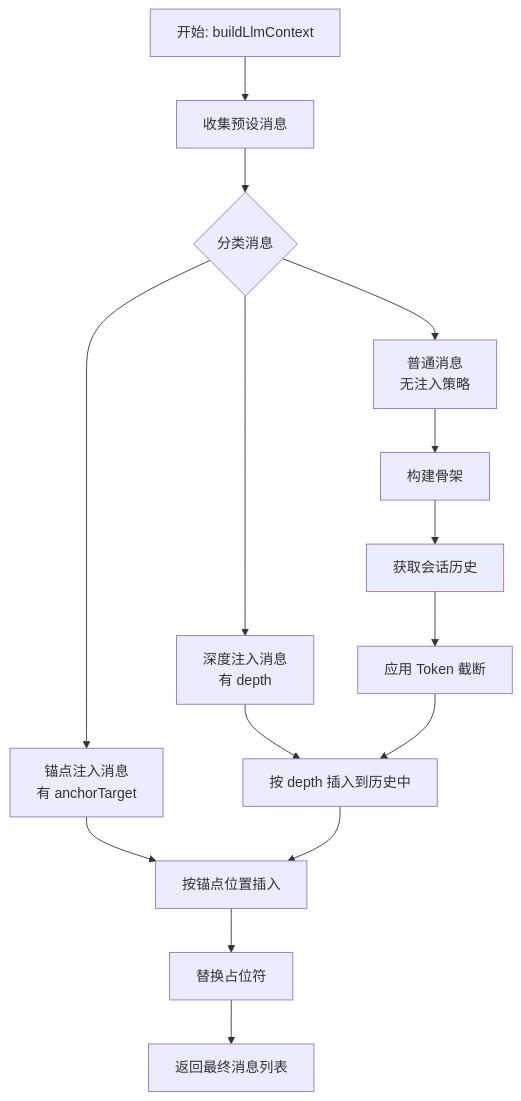
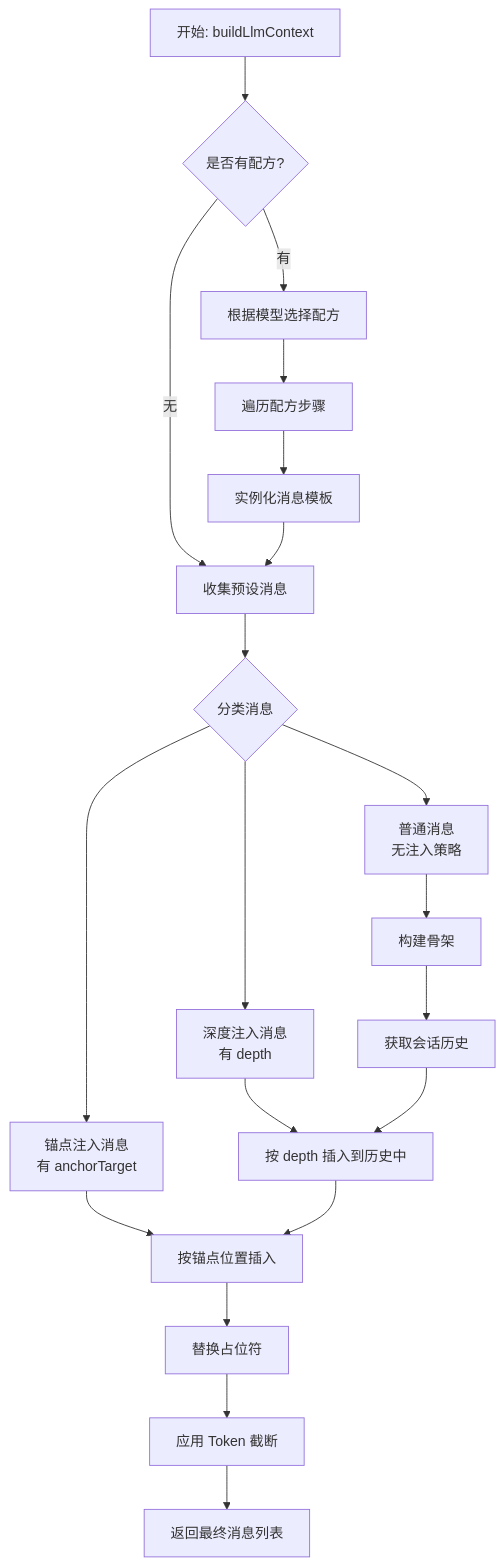
One commit to miaotouy/aio-hub changed the diagram in src/tools/llm-chat/design/context-injection-architecture.md. Above: the diagram before and after it, drawn with Mermaid. The commit also changed other lines of this file, not shown here.

First line of the commit message:
docs(llm-chat): 引入消息模板和上下文配方设计

````diff
--- a/src/tools/llm-chat/design/context-injection-architecture.md
+++ b/src/tools/llm-chat/design/context-injection-architecture.md
@@ -104,22 +206,29 @@
 ```mermaid
 graph TD
-    A[开始: buildLlmContext] --> B[收集预设消息]
+    A[开始: buildLlmContext] --> A1{是否有配方?}
+    A1 -- 有 --> B1[根据模型选择配方]
+    A1 -- 无 --> B[收集预设消息]
+    
+    B1 --> B2[遍历配方步骤]
+    B2 --> B3[实例化消息模板]
+    B3 --> B[收集预设消息]
+    
     B --> C{分类消息}
 
     C --> D[普通消息<br>无注入策略]
     C --> E[深度注入消息<br>有 depth]
     C --> F[锚点注入消息<br>有 anchorTarget]
 
     D --> G[构建骨架]
     G --> H[获取会话历史]
-    H --> I[应用 Token 截断]
 
-    E --> J[按 depth 插入到历史中]
+    E --> I[按 depth 插入到历史中]
+    H --> I
+
+    F --> J[按锚点位置插入]
     I --> J
 
-    F --> K[按锚点位置插入]
-    J --> K
-
-    K --> L[替换占位符]
+    J --> K[替换占位符]
+    K --> L[应用 Token 截断]
     L --> M[返回最终消息列表]
 ```
````
